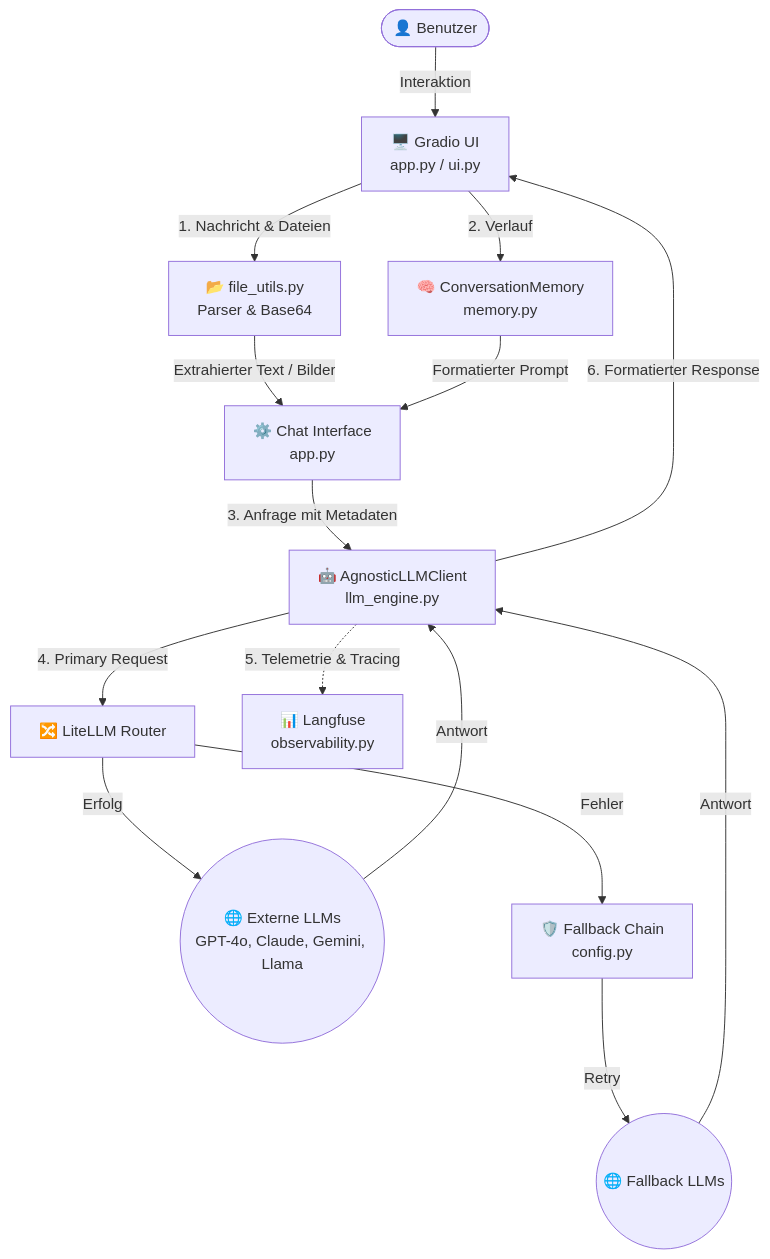
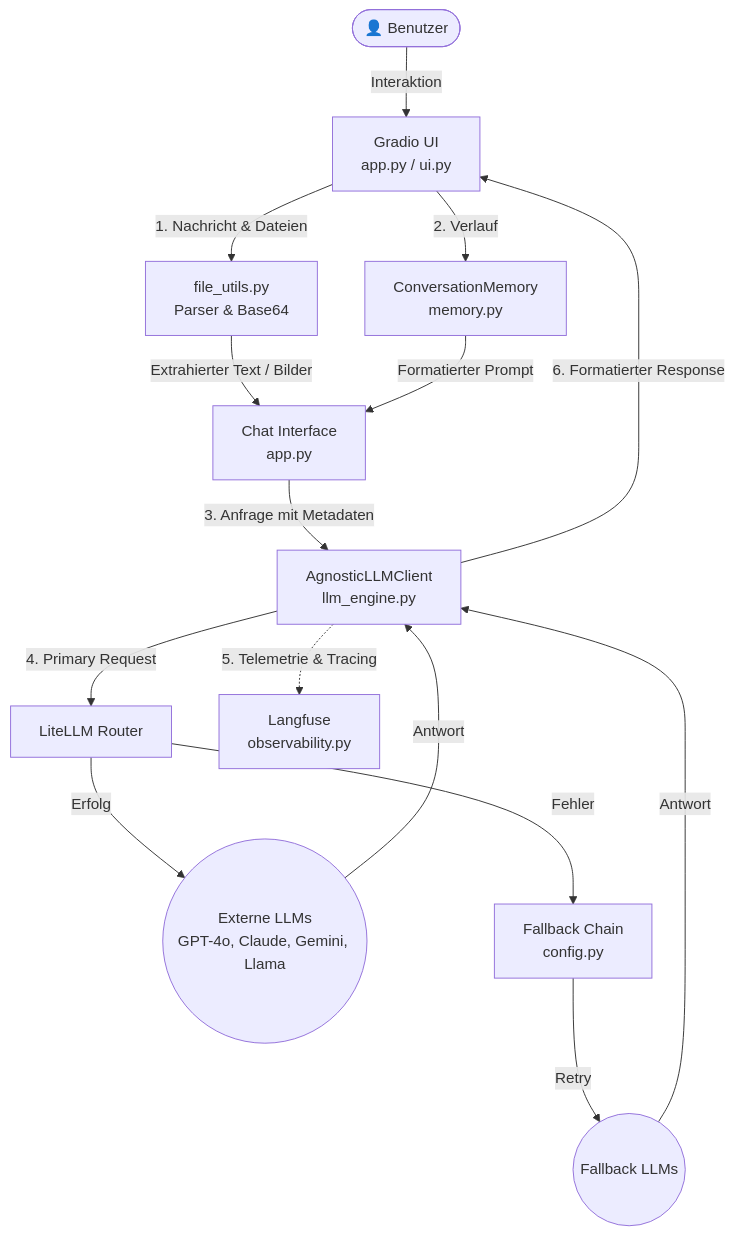
One commit to bkabiah/Multi_LLM_Chatbot_Observability_Langfuse changed the diagram in README.md. Above: the diagram before and after it, drawn with Mermaid.

Commit message:
Fix formatting in README.md diagram

````diff
--- a/README.md
+++ b/README.md
@@ -26,24 +26,24 @@
 ```mermaid
 graph TD
-    User([👤 Benutzer]) -->|Interaktion| UI[🖥️ Gradio UI<br/>app.py / ui.py]
+    User([👤 Benutzer]) -->|Interaktion| UI[ Gradio UI<br/>app.py / ui.py]
     
-    UI -->|1. Nachricht & Dateien| FU[📂 file_utils.py<br/>Parser & Base64]
-    UI -->|2. Verlauf| MEM[🧠 ConversationMemory<br/>memory.py]
+    UI -->|1. Nachricht & Dateien| FU[ file_utils.py<br/>Parser & Base64]
+    UI -->|2. Verlauf| MEM[ ConversationMemory<br/>memory.py]
     
-    FU -->|Extrahierter Text / Bilder| APP[⚙️ Chat Interface<br/>app.py]
+    FU -->|Extrahierter Text / Bilder| APP[ Chat Interface<br/>app.py]
     MEM -->|Formatierter Prompt| APP
     
-    APP -->|3. Anfrage mit Metadaten| LLM[🤖 AgnosticLLMClient<br/>llm_engine.py]
+    APP -->|3. Anfrage mit Metadaten| LLM[ AgnosticLLMClient<br/>llm_engine.py]
     
-    LLM -->|4. Primary Request| LITE[🔀 LiteLLM Router]
-    LITE -->|Erfolg| EXT1((🌐 Externe LLMs<br/>GPT-4o, Claude, Gemini, Llama))
-    LITE -->|Fehler| FB[🛡️ Fallback Chain<br/>config.py]
-    FB -->|Retry| EXT2((🌐 Fallback LLMs))
+    LLM -->|4. Primary Request| LITE[ LiteLLM Router]
+    LITE -->|Erfolg| EXT1(( Externe LLMs<br/>GPT-4o, Claude, Gemini, Llama))
+    LITE -->|Fehler| FB[ Fallback Chain<br/>config.py]
+    FB -->|Retry| EXT2(( Fallback LLMs))
     
-    LLM -.->|5. Telemetrie & Tracing| OBS[📊 Langfuse<br/>observability.py]
+    LLM -.->|5. Telemetrie & Tracing| OBS[ Langfuse<br/>observability.py]
     
     EXT1 -->|Antwort| LLM
     EXT2 -->|Antwort| LLM
     LLM -->|6. Formatierter Response| UI
 
 ```
````
